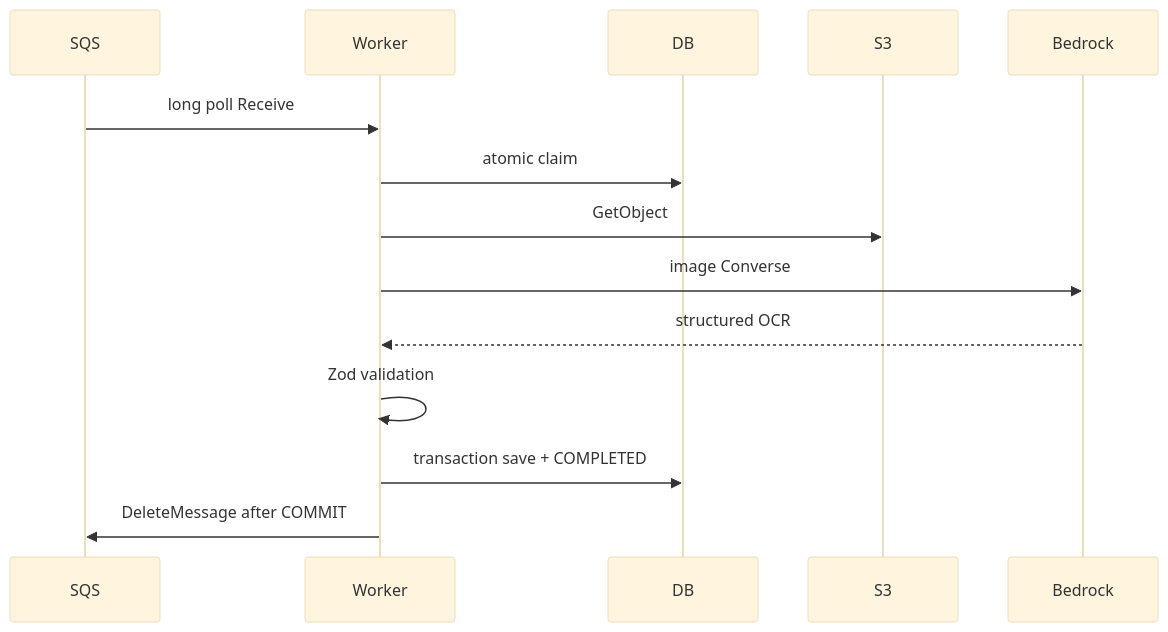
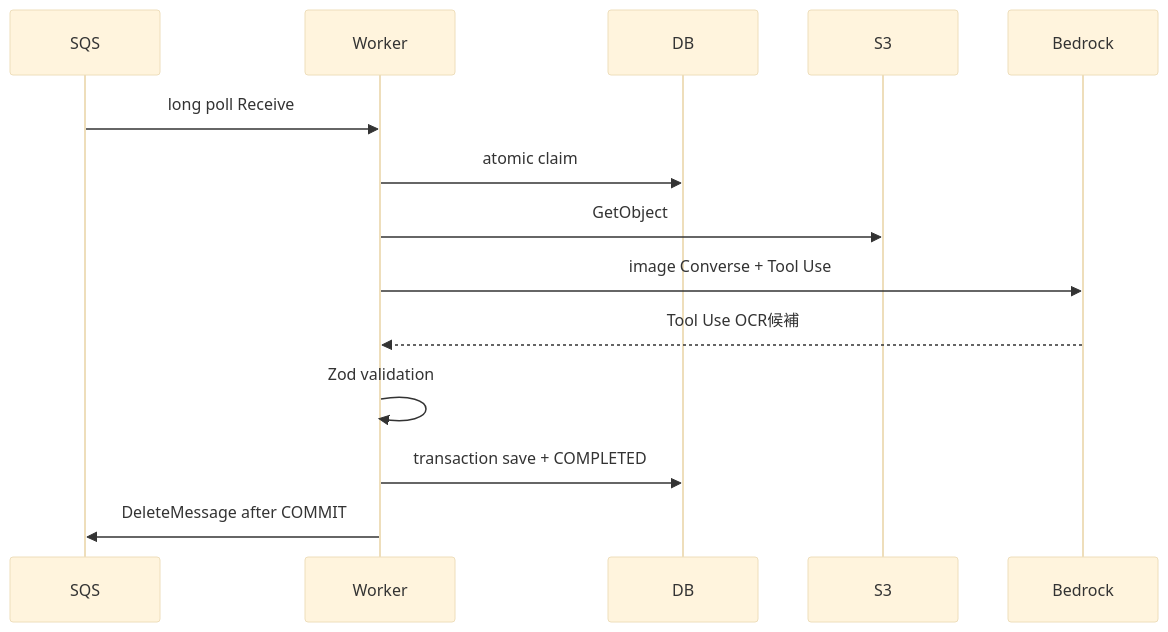
Before and after one commit to tiri641/ai-statement-analyzer: the fifth of 8 diagrams in docs/architecture.md, drawn with Mermaid (base theme). The commit also changed other lines of this file and 19 other files, not shown here.

````diff
--- a/docs/architecture.md
+++ b/docs/architecture.md
@@ -88,16 +88,16 @@
 ```mermaid
 sequenceDiagram
   participant Q as SQS
   participant W as Worker
   participant D as DB
   participant S as S3
   participant B as Bedrock
   Q->>W: long poll Receive
   W->>D: atomic claim
   W->>S: GetObject
-  W->>B: image Converse
-  B-->>W: structured OCR
+  W->>B: image Converse + Tool Use
+  B-->>W: Tool Use OCR候補
   W->>W: Zod validation
   W->>D: transaction save + COMPLETED
   W->>Q: DeleteMessage after COMMIT
 ```
````
